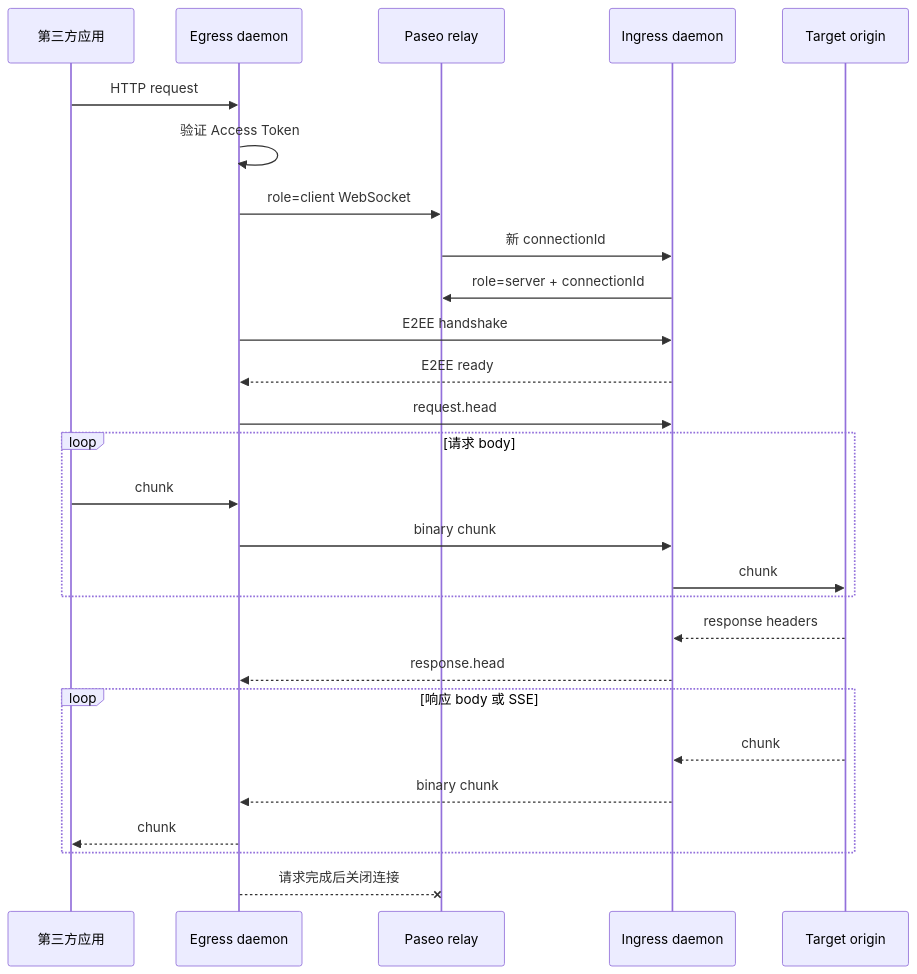
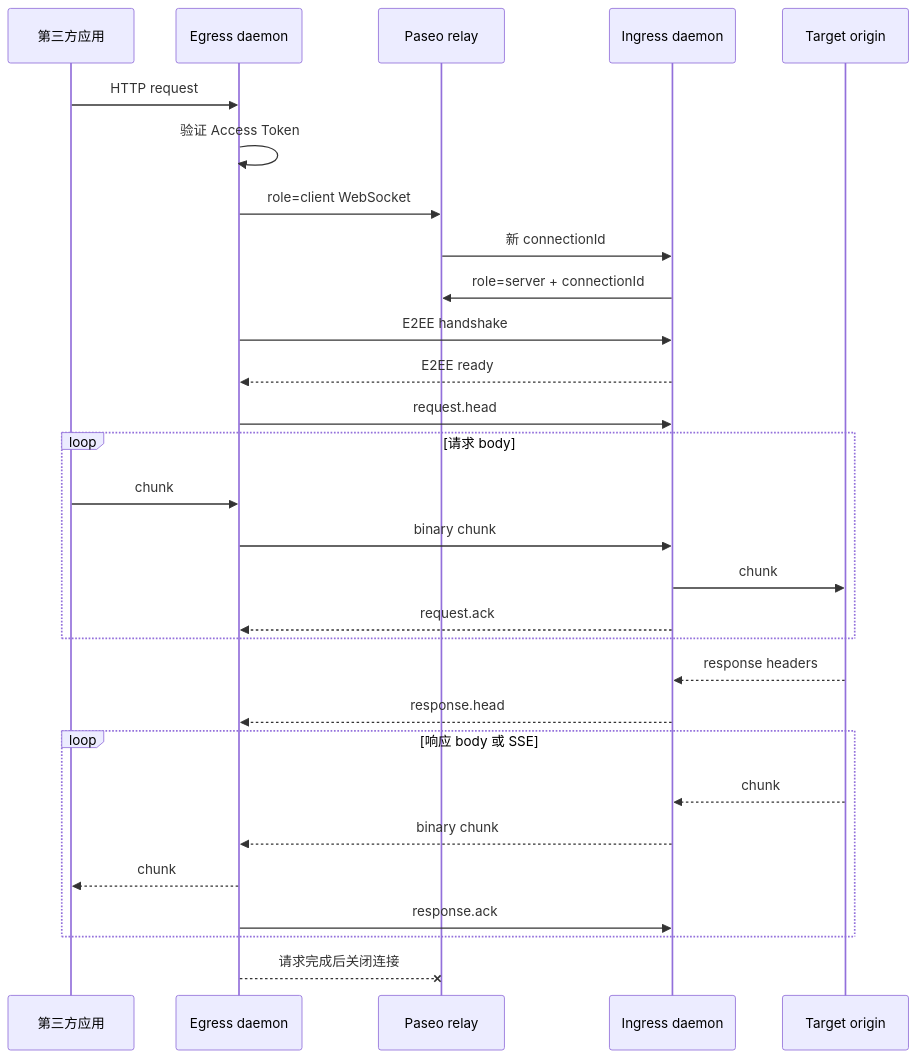
One commit to lyhu/paseo changed the third of 5 diagrams in docs/tunnel/http-proxy-tunnel-design.md. Above: the diagram before and after it, drawn with Mermaid. The commit also changed other lines of this file and 13 other files, not shown here.

````diff
--- a/docs/tunnel/http-proxy-tunnel-design.md
+++ b/docs/tunnel/http-proxy-tunnel-design.md
@@ -228,34 +243,36 @@
 ```mermaid
 sequenceDiagram
     participant C as 第三方应用
     participant E as Egress daemon
     participant R as Paseo relay
     participant I as Ingress daemon
     participant T as Target origin
 
     C->>E: HTTP request
     E->>E: 验证 Access Token
     E->>R: role=client WebSocket
     R->>I: 新 connectionId
     I->>R: role=server + connectionId
     E->>I: E2EE handshake
     I-->>E: E2EE ready
     E->>I: request.head
 
     loop 请求 body
         C->>E: chunk
         E->>I: binary chunk
         I->>T: chunk
+        I-->>E: request.ack
     end
 
     T-->>I: response headers
     I-->>E: response.head
 
     loop 响应 body 或 SSE
         T-->>I: chunk
         I-->>E: binary chunk
         E-->>C: chunk
+        E->>I: response.ack
     end
 
     E--xR: 请求完成后关闭连接
 ```
````
